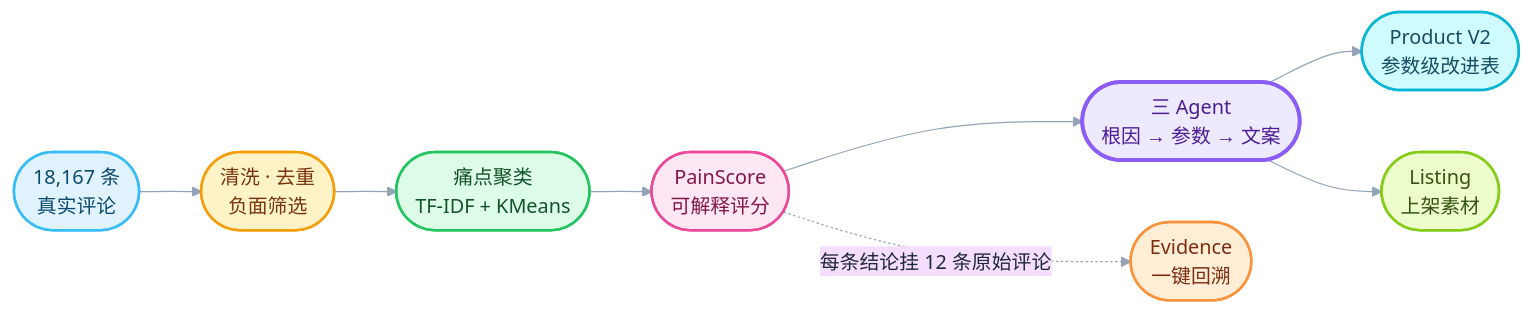
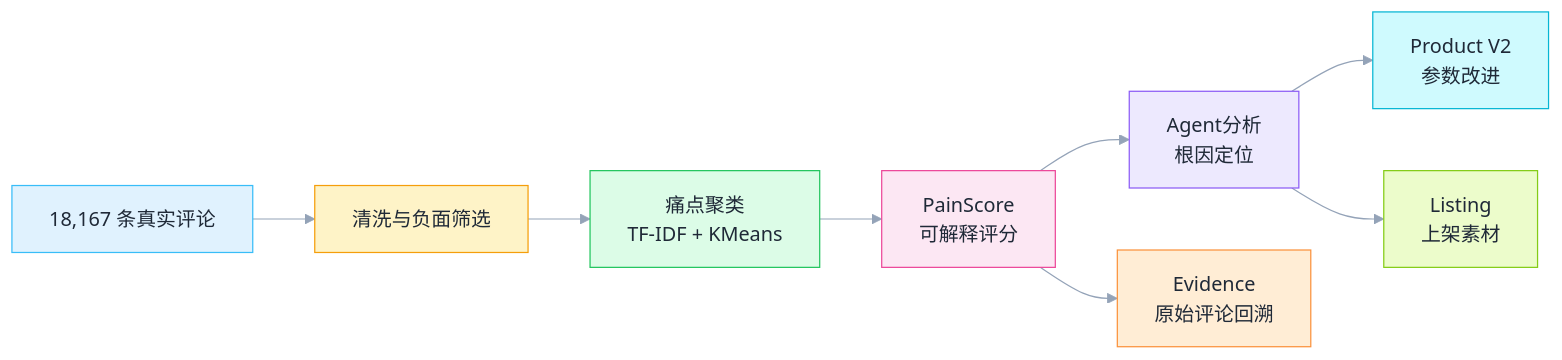
The first of 2 diagrams in README.md (ibh4/Customer-Review-Improvement-Agent), drawn with Mermaid before and after one commit. The commit also changed other lines of this file, not shown here.

````diff
--- a/README.md
+++ b/README.md
@@ -60,25 +62,36 @@
 ```mermaid
 %%{init: {"theme": "base", "themeVariables": {
   "fontFamily": "Inter, Microsoft YaHei, sans-serif",
   "background": "#FFFFFF",
   "primaryTextColor": "#1F2937",
   "lineColor": "#94A3B8"
 }}}%%
 flowchart LR
-    A(["18,167 条<br/>真实评论"]):::data --> B(["清洗 · 去重<br/>负面筛选"]):::prep
-    B --> C(["痛点聚类<br/>TF-IDF + KMeans"]):::mine
-    C --> D(["PainScore<br/>可解释评分"]):::score
-    D --> E(["三 Agent<br/>根因 → 参数 → 文案"]):::agent
-    E --> F(["Product V2<br/>参数级改进表"]):::v2
-    E --> G(["Listing<br/>上架素材"]):::listing
-    D -. 每条结论挂 12 条原始评论 .-> H(["Evidence<br/>一键回溯"]):::evidence
 
-    classDef data fill:#E0F2FE,stroke:#38BDF8,color:#0C4A6E,stroke-width:2px;
-    classDef prep fill:#FEF3C7,stroke:#F59E0B,color:#78350F,stroke-width:2px;
-    classDef mine fill:#DCFCE7,stroke:#22C55E,color:#14532D,stroke-width:2px;
-    classDef score fill:#FCE7F3,stroke:#EC4899,color:#831843,stroke-width:2px;
-    classDef agent fill:#EDE9FE,stroke:#8B5CF6,color:#4C1D95,stroke-width:3px;
-    classDef v2 fill:#CFFAFE,stroke:#06B6D4,color:#164E63,stroke-width:2px;
-    classDef listing fill:#ECFCCB,stroke:#84CC16,color:#365314,stroke-width:2px;
-    classDef evidence fill:#FFEDD5,stroke:#FB923C,color:#7C2D12,stroke-width:2px;
+A["18,167 条真实评论"] --> B["清洗与负面筛选"]
+B --> C["痛点聚类<br/>TF-IDF + KMeans"]
+C --> D["PainScore<br/>可解释评分"]
+D --> E["Agent分析<br/>根因定位"]
+E --> F["Product V2<br/>参数改进"]
+E --> G["Listing<br/>上架素材"]
+
+D --> H["Evidence<br/>原始评论回溯"]
+
+class A data
+class B prep
+class C mine
+class D score
+class E agent
+class F v2
+class G listing
+class H evidence
+
+classDef data fill:#E0F2FE,stroke:#38BDF8
+classDef prep fill:#FEF3C7,stroke:#F59E0B
+classDef mine fill:#DCFCE7,stroke:#22C55E
+classDef score fill:#FCE7F3,stroke:#EC4899
+classDef agent fill:#EDE9FE,stroke:#8B5CF6
+classDef v2 fill:#CFFAFE,stroke:#06B6D4
+classDef listing fill:#ECFCCB,stroke:#84CC16
+classDef evidence fill:#FFEDD5,stroke:#FB923C
 ```
````
